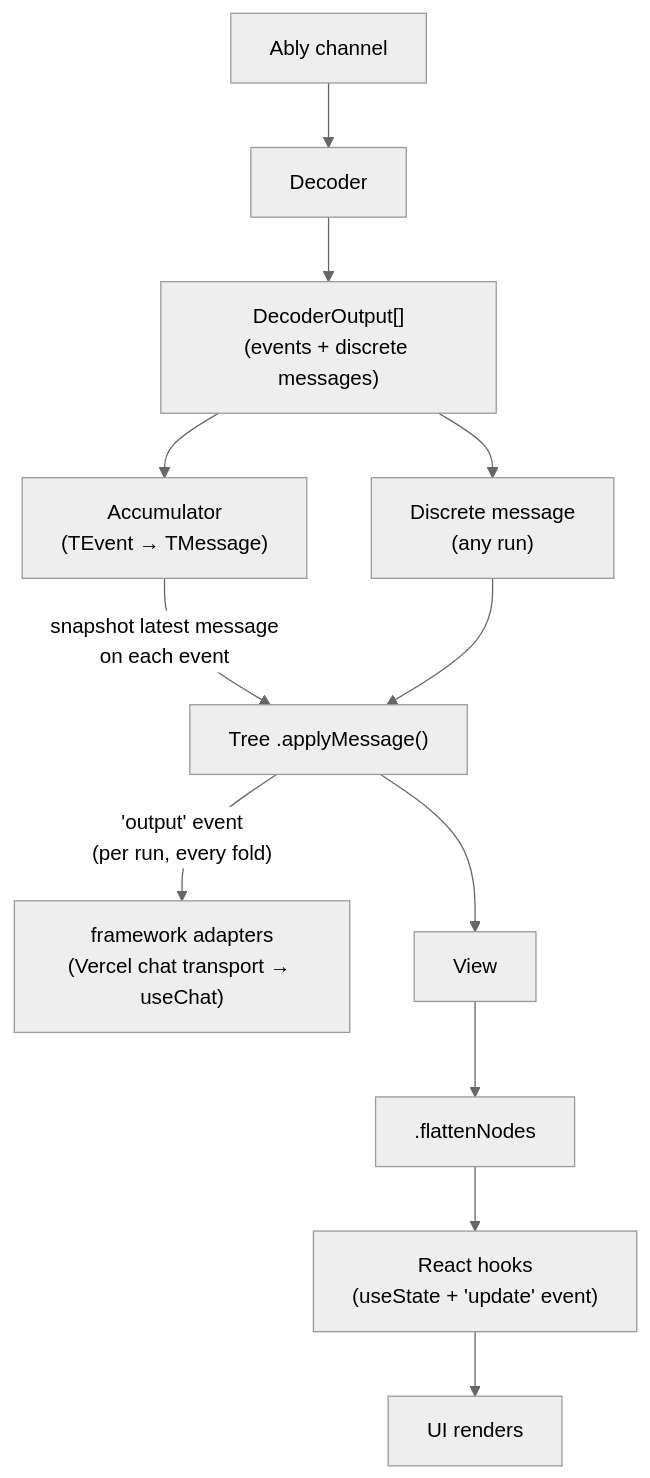
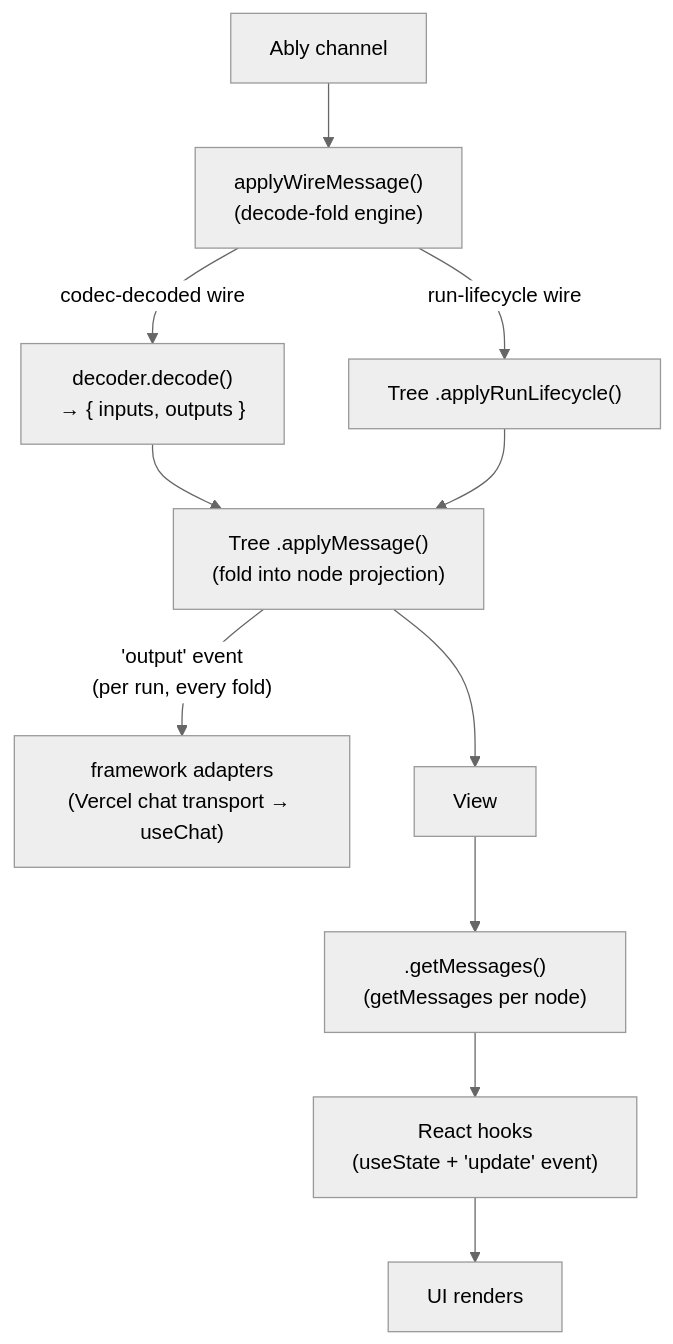
One commit to ably/ably-ai-transport-js changed the diagram in docs/internals/message-lifecycle.md. Above: the diagram before and after it, drawn with Mermaid (neutral theme). The commit also changed other lines of this file and 31 other files, not shown here.

````diff
--- a/docs/internals/message-lifecycle.md
+++ b/docs/internals/message-lifecycle.md
@@ -23,17 +25,14 @@
 ```mermaid
 flowchart TD
-    Channel[Ably channel] --> Decoder
-    Decoder --> Outputs["DecoderOutput[]<br/>(events + discrete messages)"]
-
-    Outputs --> Accumulator["Accumulator<br/>(TEvent → TMessage)"]
-    Outputs --> Discrete["Discrete message<br/>(any run)"]
-
-    Accumulator -- "snapshot latest message<br/>on each event" --> Tree["Tree .applyMessage()"]
-    Discrete --> Tree
+    Channel[Ably channel] --> Apply["applyWireMessage()<br/>(decode-fold engine)"]
+    Apply -- "run-lifecycle wire" --> Lifecycle["Tree .applyRunLifecycle()"]
+    Apply -- "codec-decoded wire" --> Decode["decoder.decode()<br/>→ { inputs, outputs }"]
+    Decode --> Tree["Tree .applyMessage()<br/>(fold into node projection)"]
+    Lifecycle --> Tree
 
     Tree -- "'output' event<br/>(per run, every fold)" --> Adapters["framework adapters<br/>(Vercel chat transport → useChat)"]
     Tree --> View[View]
-    View --> Flatten[.flattenNodes]
-    Flatten --> Hooks["React hooks<br/>(useState + 'update' event)"]
+    View --> GetMessages[".getMessages()<br/>(getMessages per node)"]
+    GetMessages --> Hooks["React hooks<br/>(useState + 'update' event)"]
     Hooks --> UI[UI renders]
 ```
````
